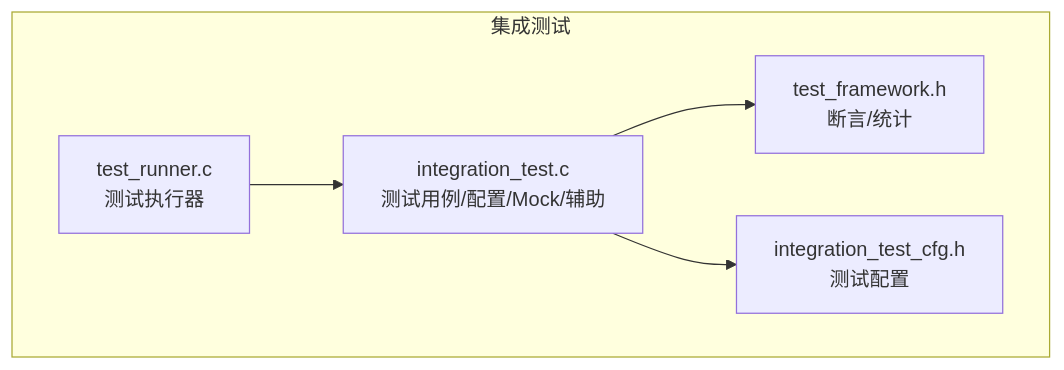
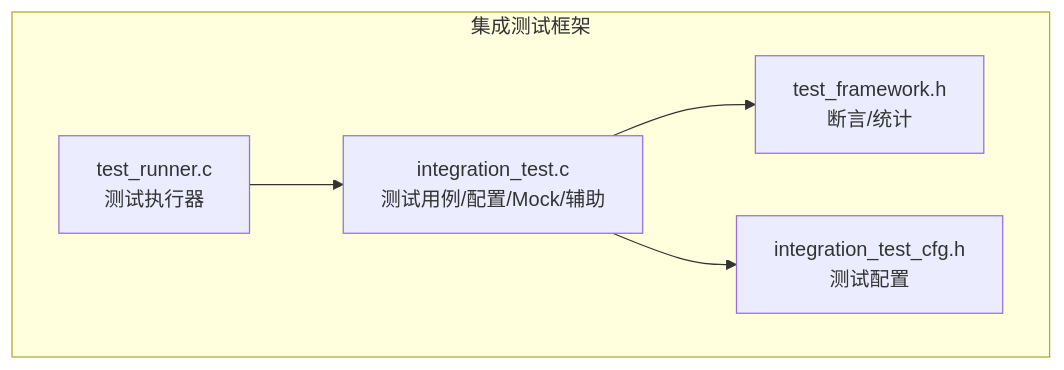
Before and after one commit to frisky1985/yuleASR: the first of 9 diagrams in .qoder/repowiki/zh/content/测试策略/集成测试.md, drawn with Mermaid. The commit also changed other lines of this file and 12 other files, not shown here.

````diff
--- a/.qoder/repowiki/zh/content/测试策略/集成测试.md
+++ b/.qoder/repowiki/zh/content/测试策略/集成测试.md
@@ -43,12 +53,12 @@
 ```mermaid
 graph TB
-subgraph "集成测试"
+subgraph "集成测试框架"
 IT["integration_test.c<br/>测试用例/配置/Mock/辅助"]
 TR["test_runner.c<br/>测试执行器"]
 TF["test_framework.h<br/>断言/统计"]
 CFG["integration_test_cfg.h<br/>测试配置"]
 end
 TR --> IT
 IT --> TF
 IT --> CFG
 ```
````
